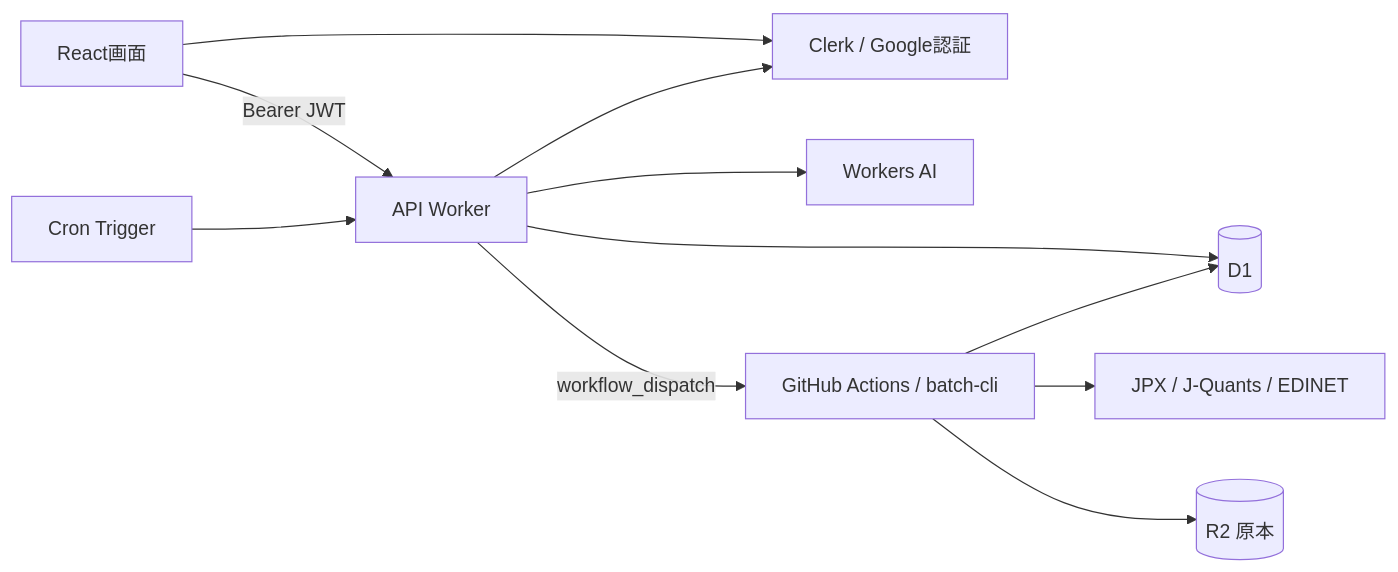
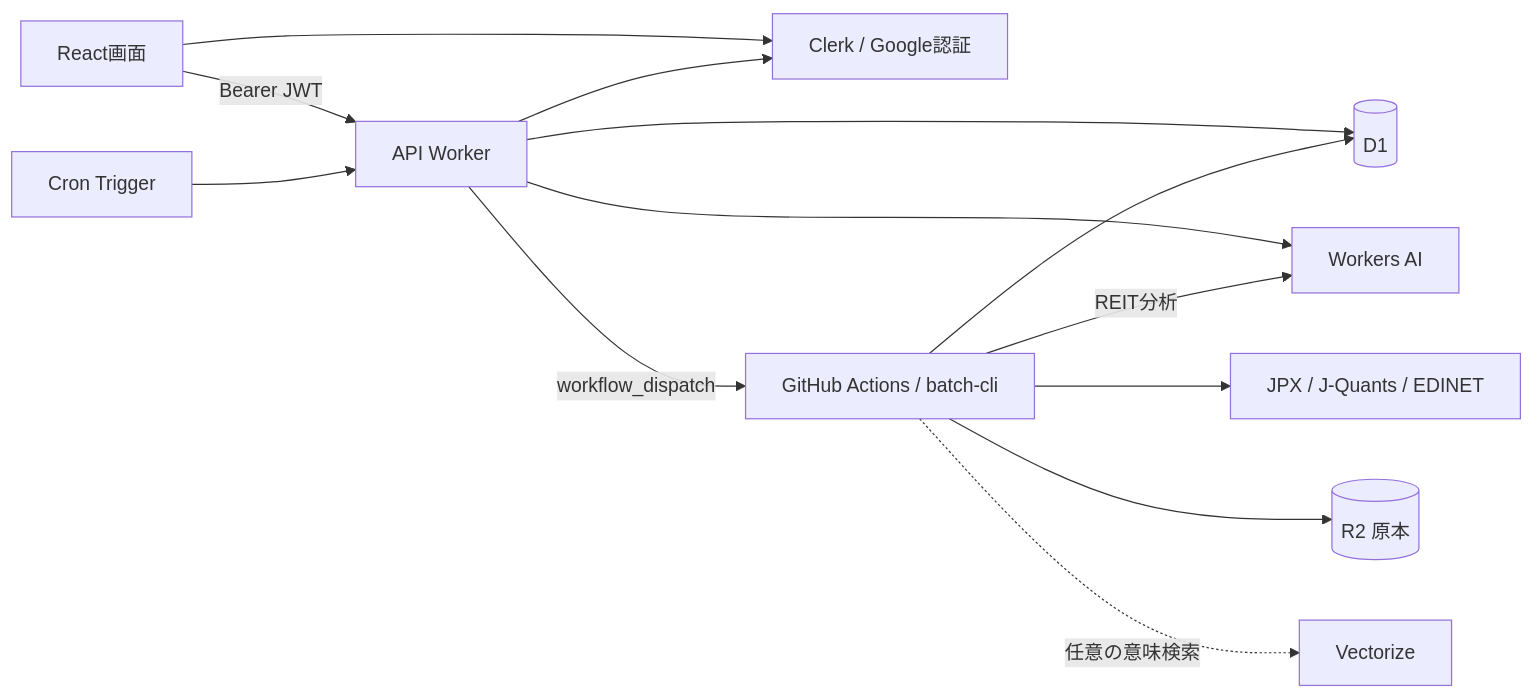
The diagram in docs/03_system_architecture.md (taaaaakahiro/stock-insight), drawn with Mermaid before and after one commit. The commit also changed other lines of this file and 20 other files, not shown here.

````diff
--- a/docs/03_system_architecture.md
+++ b/docs/03_system_architecture.md
@@ -3,13 +3,15 @@
 ```mermaid
 flowchart LR
   Browser[React画面] -->|Bearer JWT| Worker[API Worker]
   Browser --> Clerk[Clerk / Google認証]
   Worker --> Clerk
   Worker --> D1[(D1)]
   Worker --> AI[Workers AI]
   Cron[Cron Trigger] --> Worker
   Worker -->|workflow_dispatch| Actions[GitHub Actions / batch-cli]
   Actions --> Sources[JPX / J-Quants / EDINET]
   Actions --> D1
   Actions --> R2[(R2 原本)]
+  Actions -->|REIT分析| AI
+  Actions -. 任意の意味検索 .-> Vectorize[Vectorize]
 ```
````
